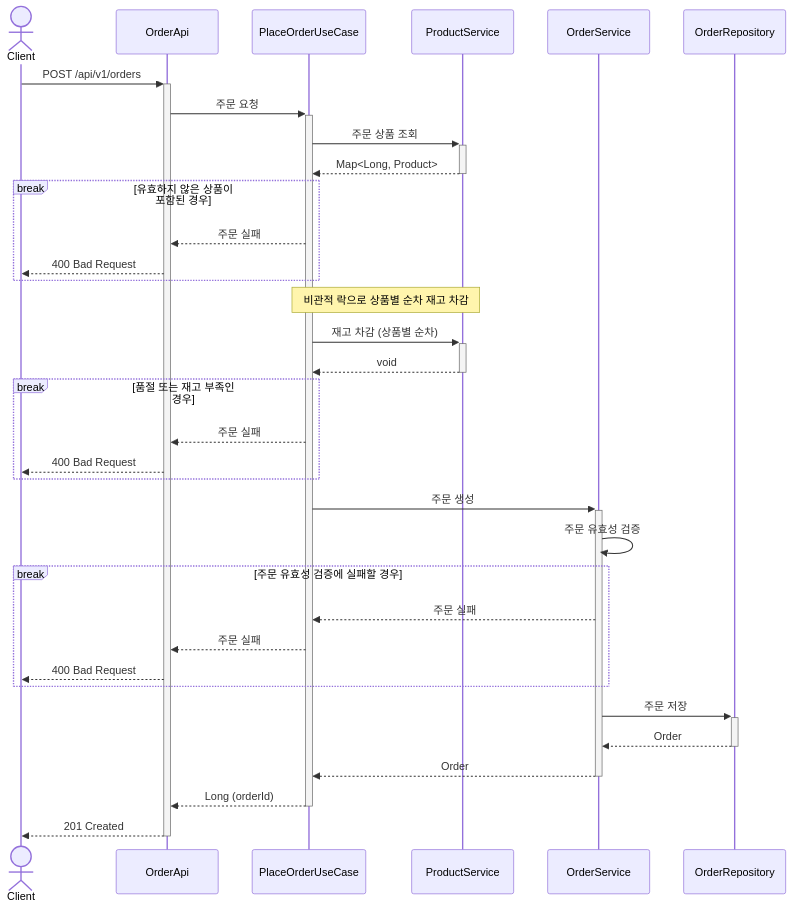
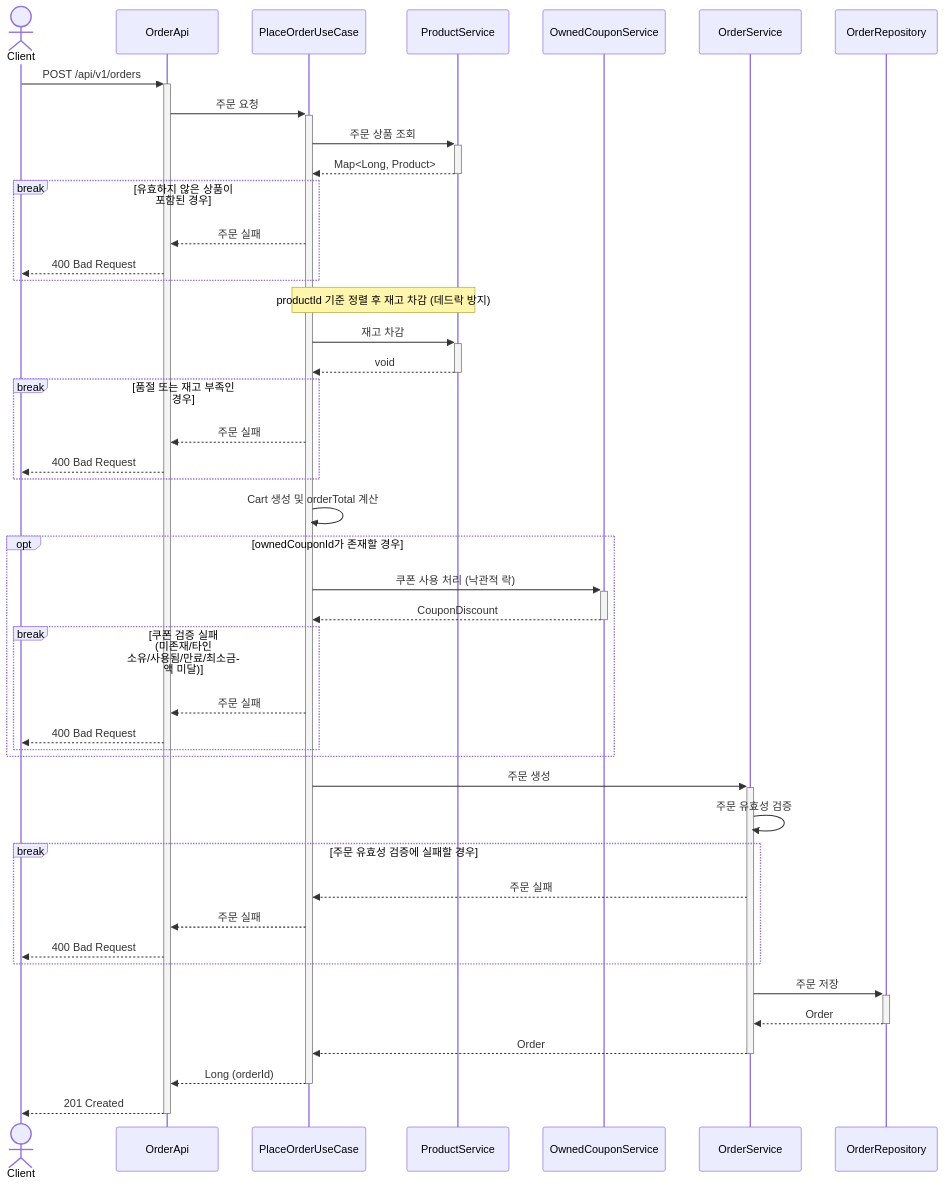
One commit to Loopers-dev-lab/loop-pack-be-l2-vol3-java changed diagram 29 of 31 in .docs/design/02-sequence-diagrams.md. Above: the diagram before and after it, drawn with Mermaid. The commit also changed other lines of this file and 130 other files, not shown here.

````diff
--- a/.docs/design/02-sequence-diagrams.md
+++ b/.docs/design/02-sequence-diagrams.md
@@ -718,46 +953,58 @@
 ```mermaid
 sequenceDiagram
     actor Client
     participant OrderApi
     participant PlaceOrderUseCase
     participant ProductService
+    participant OwnedCouponService
     participant OrderService
     participant OrderRepository
 
     Client ->>+ OrderApi: POST /api/v1/orders
     OrderApi ->>+ PlaceOrderUseCase: 주문 요청
 
     PlaceOrderUseCase ->>+ ProductService: 주문 상품 조회
     ProductService -->>- PlaceOrderUseCase: Map<Long, Product>
 
     break 유효하지 않은 상품이 포함된 경우
         PlaceOrderUseCase -->> OrderApi: 주문 실패
         OrderApi -->> Client: 400 Bad Request
     end
 
-    Note over PlaceOrderUseCase, ProductService: 비관적 락으로 상품별 순차 재고 차감
-
-    PlaceOrderUseCase ->>+ ProductService: 재고 차감 (상품별 순차)
+    Note over PlaceOrderUseCase,ProductService: productId 기준 정렬 후 재고 차감 (데드락 방지)
+    PlaceOrderUseCase ->>+ ProductService: 재고 차감
     ProductService -->>- PlaceOrderUseCase: void
 
     break 품절 또는 재고 부족인 경우
         PlaceOrderUseCase -->> OrderApi: 주문 실패
         OrderApi -->> Client: 400 Bad Request
+    end
+
+    PlaceOrderUseCase ->> PlaceOrderUseCase: Cart 생성 및 orderTotal 계산
+
+    opt ownedCouponId가 존재할 경우
+        PlaceOrderUseCase ->>+ OwnedCouponService: 쿠폰 사용 처리 (낙관적 락)
+        OwnedCouponService -->>- PlaceOrderUseCase: CouponDiscount
+
+        break 쿠폰 검증 실패 (미존재/타인 소유/사용됨/만료/최소금액 미달)
+            PlaceOrderUseCase -->> OrderApi: 주문 실패
+            OrderApi -->> Client: 400 Bad Request
+        end
     end
 
     PlaceOrderUseCase ->>+ OrderService: 주문 생성
     OrderService ->> OrderService: 주문 유효성 검증
 
     break 주문 유효성 검증에 실패할 경우
         OrderService -->> PlaceOrderUseCase: 주문 실패
         PlaceOrderUseCase -->> OrderApi: 주문 실패
         OrderApi -->> Client: 400 Bad Request
     end
 
     OrderService ->>+ OrderRepository: 주문 저장
     OrderRepository -->>- OrderService: Order
     OrderService -->>- PlaceOrderUseCase: Order
 
     PlaceOrderUseCase -->>- OrderApi: Long (orderId)
     OrderApi -->>- Client: 201 Created
 ```
````
